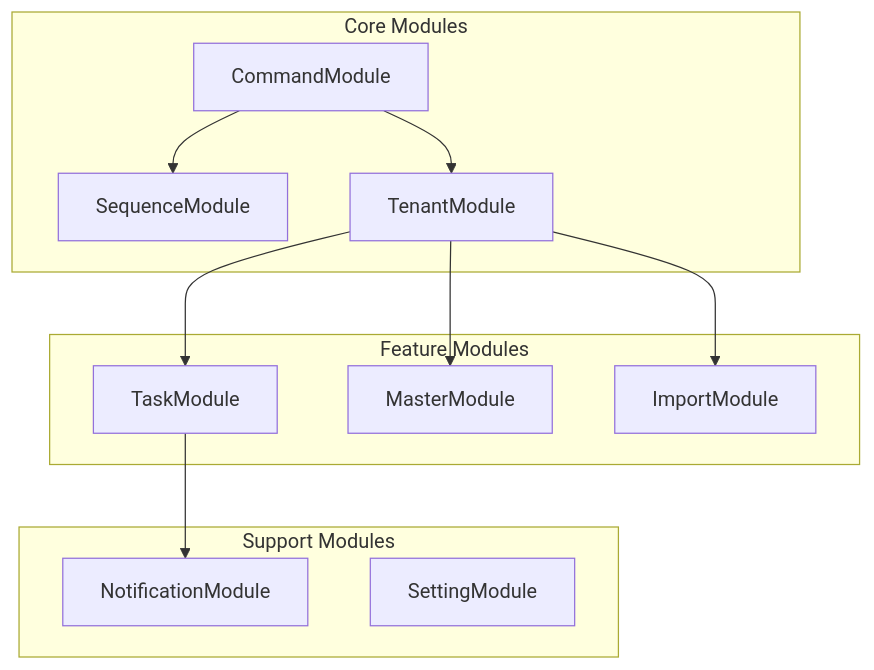
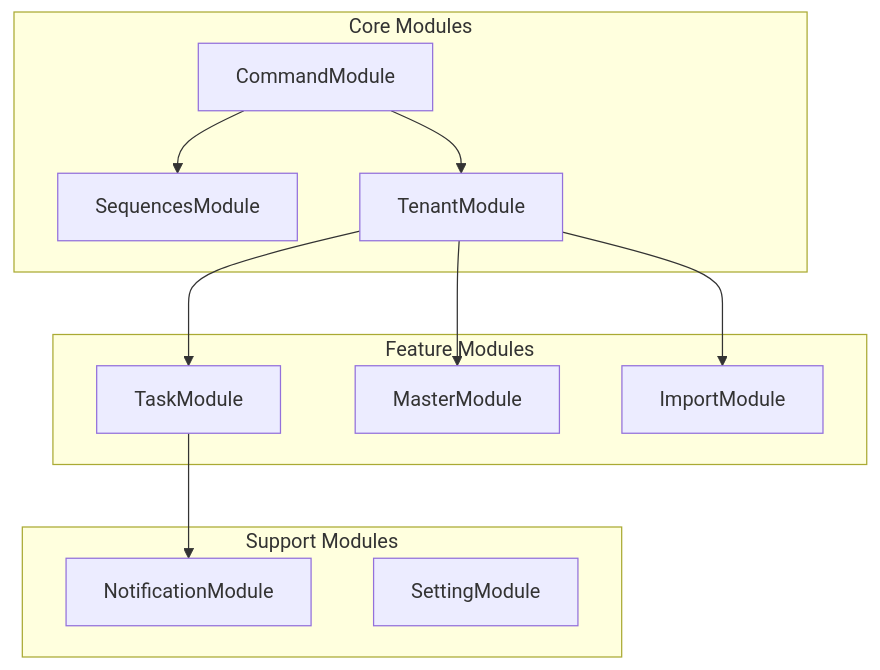
The diagram in i18n/en/docusaurus-plugin-content-docs/current/api-reference.md (mbc-net/mbc-cqrs-serverless-doc), drawn with Mermaid before and after one commit. The commit also changed 31 other files, not shown here.

First line of the commit message:
docs: fix fabricated APIs in example docs (sequence, master, data sync)

````diff
--- a/i18n/en/docusaurus-plugin-content-docs/current/api-reference.md
+++ b/i18n/en/docusaurus-plugin-content-docs/current/api-reference.md
@@ -11,26 +11,26 @@
 ```mermaid
 graph TB
     subgraph "Core Modules"
         A["CommandModule"]
-        B["SequenceModule"]
+        B["SequencesModule"]
         C["TenantModule"]
     end
 
     subgraph "Feature Modules"
         D["TaskModule"]
         E["MasterModule"]
         F["ImportModule"]
     end
 
     subgraph "Support Modules"
         G["NotificationModule"]
         H["SettingModule"]
     end
 
     A --> B
     A --> C
     C --> D
     C --> E
     C --> F
     D --> G
 ```
````
